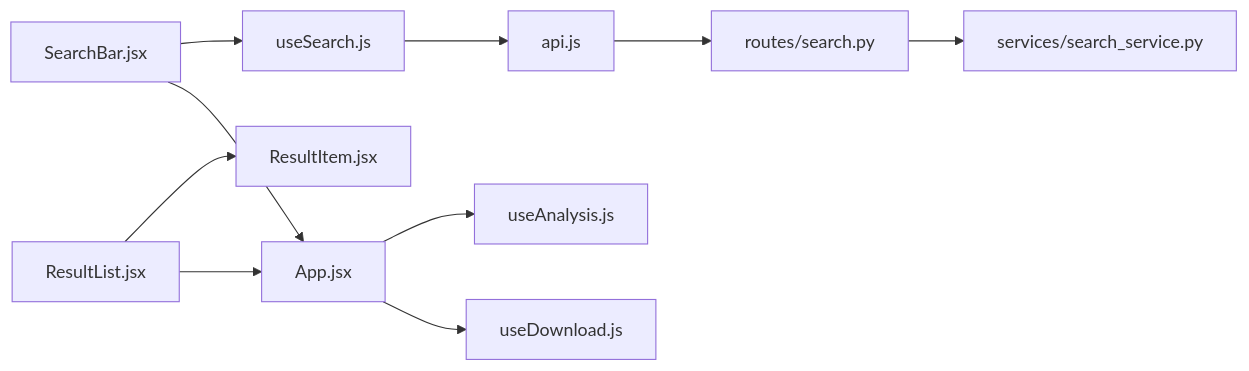
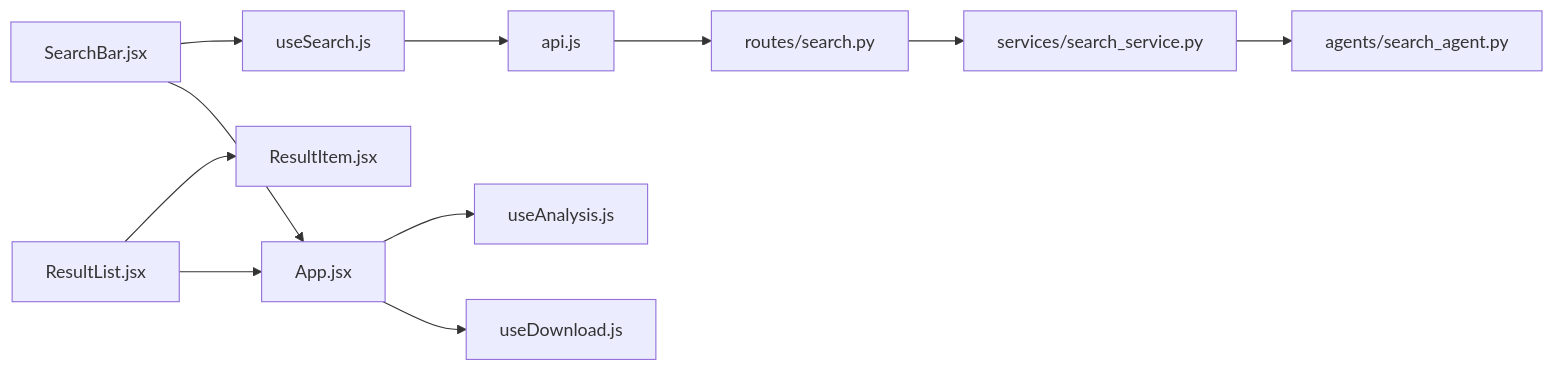
The third of 3 diagrams in .qoder/repowiki/zh/content/系统架构设计/前端架构设计/组件架构设计/搜索相关组件.md (wangdy21/search_is_all_you_need), drawn with Mermaid before and after one commit. The commit also changed other lines of this file and 11 other files, not shown here.

````diff
--- a/.qoder/repowiki/zh/content/系统架构设计/前端架构设计/组件架构设计/搜索相关组件.md
+++ b/.qoder/repowiki/zh/content/系统架构设计/前端架构设计/组件架构设计/搜索相关组件.md
@@ -293,12 +338,13 @@
 ```mermaid
 graph LR
 SB["SearchBar.jsx"] --> US["useSearch.js"]
 RL["ResultList.jsx"] --> RI["ResultItem.jsx"]
 RL --> APP["App.jsx"]
 SB --> APP
 US --> API["api.js"]
 API --> SR["routes/search.py"]
 SR --> SS["services/search_service.py"]
+SS --> SA["agents/search_agent.py"]
 APP --> UA["useAnalysis.js"]
 APP --> UD["useDownload.js"]
 ```
````
